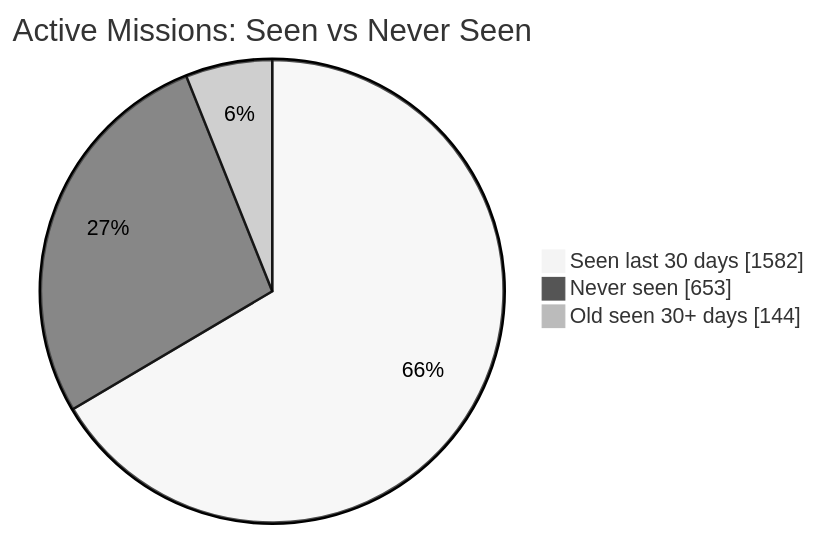
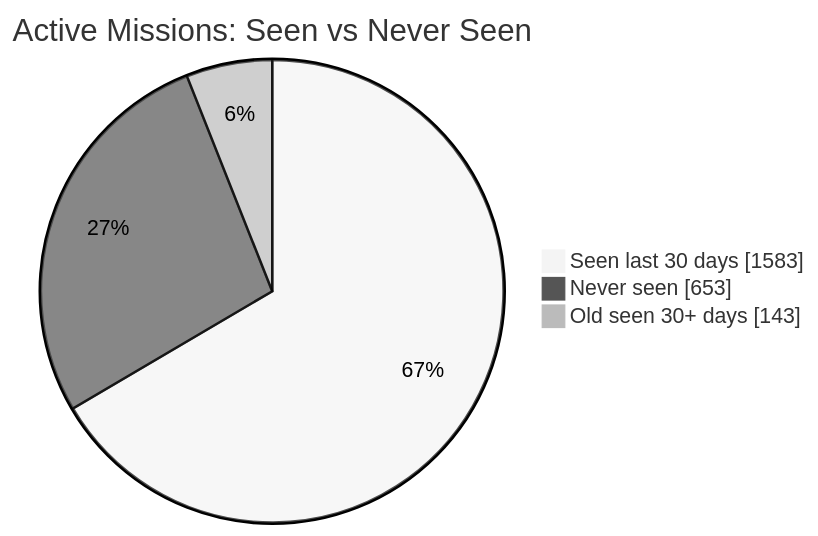
The first of 2 diagrams in README.md (MeldkamerspelGameTeam/active-missions), drawn with Mermaid (neutral theme) before and after one commit. The commit also changed other lines of this file and 2 other files, not shown here.

````diff
--- a/README.md
+++ b/README.md
@@ -34,7 +34,7 @@
 ```mermaid
 pie showData
     title Active Missions: Seen vs Never Seen
-    "Seen last 30 days" : 1582
+    "Seen last 30 days" : 1583
     "Never seen" : 653
-    "Old seen 30+ days" : 144
+    "Old seen 30+ days" : 143
 ```
````
